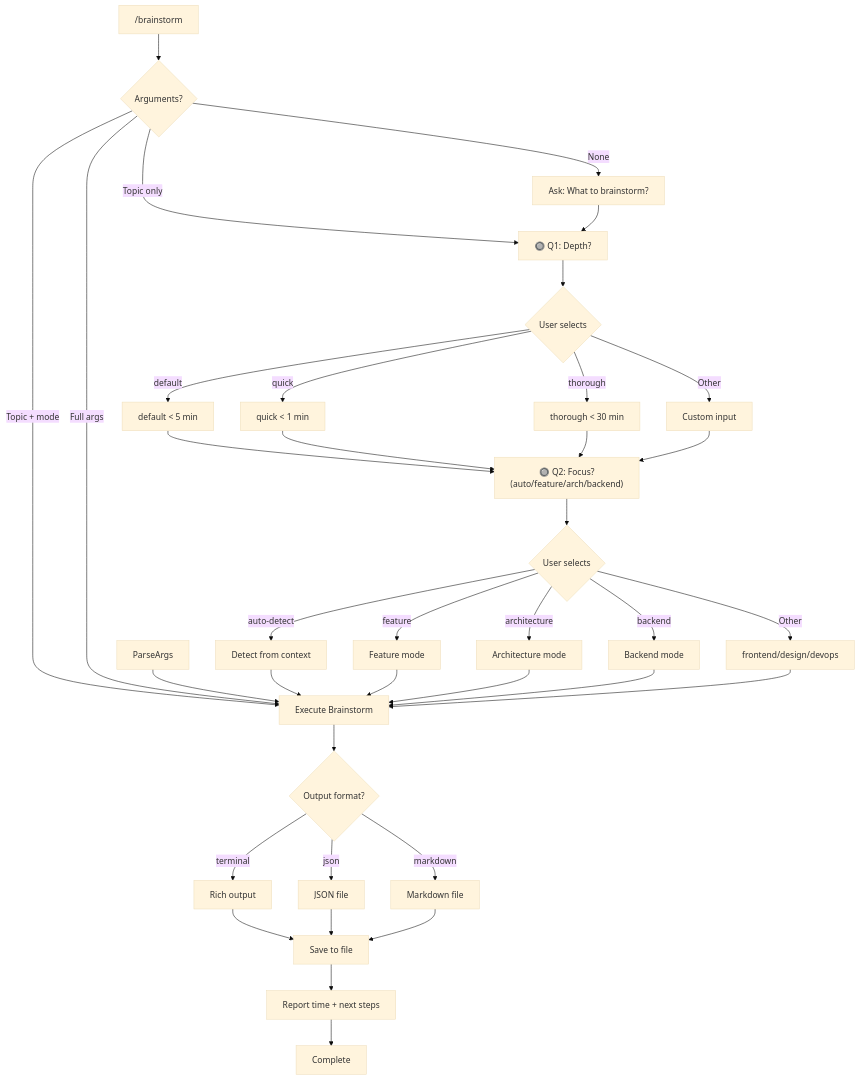
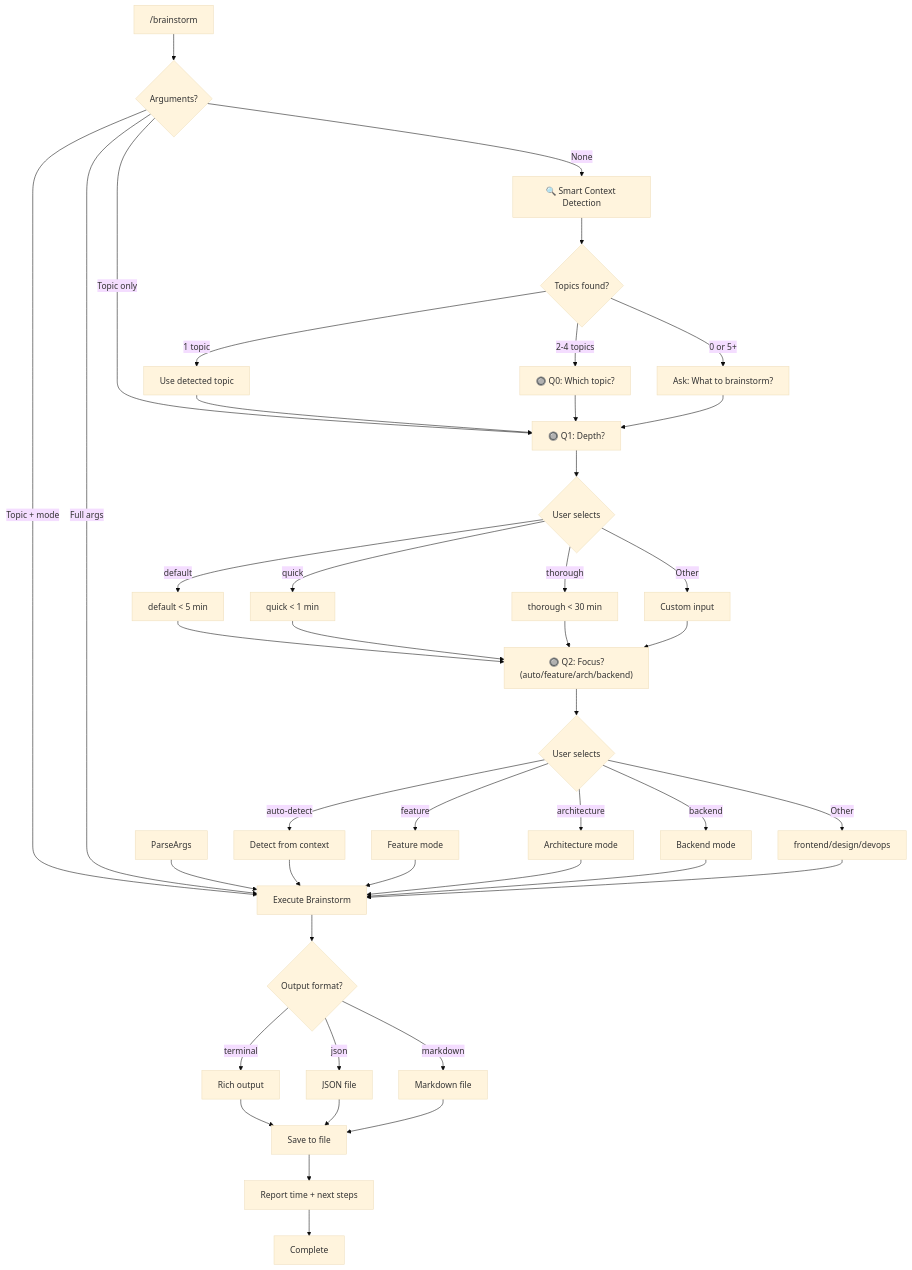
One commit to Data-Wise/craft changed the diagram in workflow/commands/brainstorm.md. Above: the diagram before and after it, drawn with Mermaid (base theme). The commit also changed other lines of this file and 2 other files, not shown here.

First line of the commit message:
feat(workflow): add smart context detection for brainstorm

````diff
--- a/workflow/commands/brainstorm.md
+++ b/workflow/commands/brainstorm.md
@@ -439,48 +541,55 @@
 ```mermaid
 flowchart TD
     Start["/brainstorm"] --> HasArgs{Arguments?}
 
-    HasArgs -->|None| AskTopic["Ask: What to brainstorm?"]
+    HasArgs -->|None| SmartDetect["🔍 Smart Context Detection"]
     HasArgs -->|Topic only| DepthQ["🔘 Q1: Depth?"]
     HasArgs -->|Topic + mode| Execute
     HasArgs -->|Full args| Execute
 
+    SmartDetect --> HowMany{Topics found?}
+    HowMany -->|1 topic| AutoTopic["Use detected topic"]
+    HowMany -->|2-4 topics| TopicQ["🔘 Q0: Which topic?"]
+    HowMany -->|0 or 5+| AskTopic["Ask: What to brainstorm?"]
+
+    AutoTopic --> DepthQ
+    TopicQ --> DepthQ
     AskTopic --> DepthQ
 
     DepthQ --> SelectDepth{User selects}
     SelectDepth -->|default| DefaultDepth[default < 5 min]
     SelectDepth -->|quick| QuickDepth[quick < 1 min]
     SelectDepth -->|thorough| ThoroughDepth[thorough < 30 min]
     SelectDepth -->|Other| CustomDepth[Custom input]
 
     DefaultDepth --> FocusQ["🔘 Q2: Focus?<br/>(auto/feature/arch/backend)"]
     QuickDepth --> FocusQ
     ThoroughDepth --> FocusQ
     CustomDepth --> FocusQ
 
     FocusQ --> SelectFocus{User selects}
     SelectFocus -->|auto-detect| AutoFocus[Detect from context]
     SelectFocus -->|feature| FeatureFocus[Feature mode]
     SelectFocus -->|architecture| ArchFocus[Architecture mode]
     SelectFocus -->|backend| BackendFocus[Backend mode]
     SelectFocus -->|Other| CustomFocus[frontend/design/devops]
 
     ParseArgs --> Execute
     AutoFocus --> Execute
     FeatureFocus --> Execute
     ArchFocus --> Execute
     BackendFocus --> Execute
     CustomFocus --> Execute
 
     Execute[Execute Brainstorm] --> Format{Output format?}
     Format -->|terminal| Terminal[Rich output]
     Format -->|json| JSON[JSON file]
     Format -->|markdown| Markdown[Markdown file]
 
     Terminal --> Save[Save to file]
     JSON --> Save
     Markdown --> Save
 
     Save --> Report["Report time + next steps"]
     Report --> End[Complete]
 ```
````
